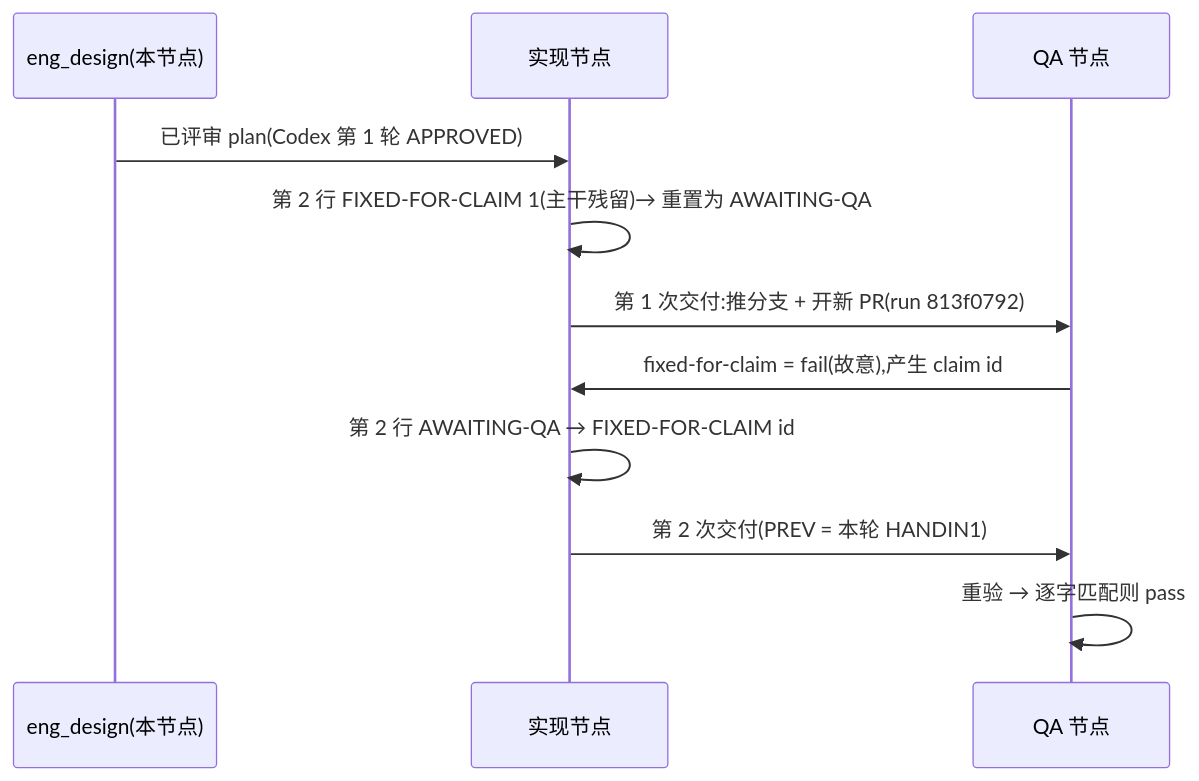
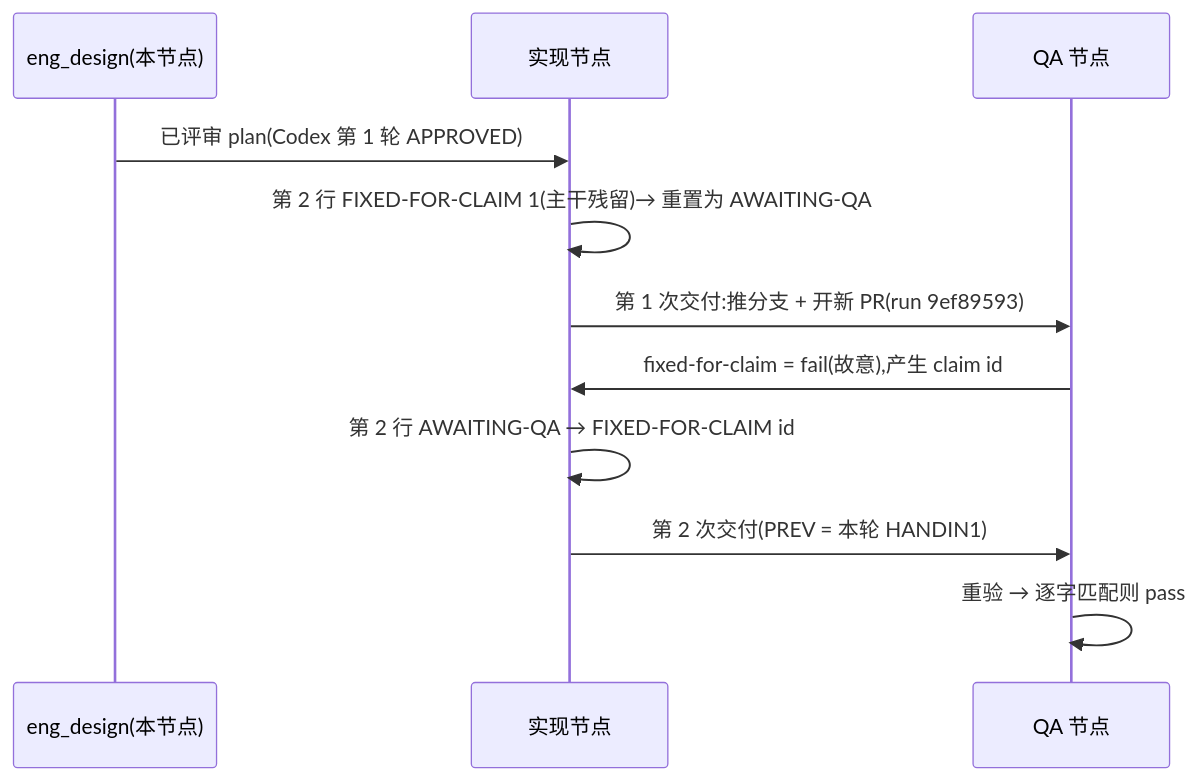
One commit to xrliAnnie/flywheel-qa-sandbox changed the diagram in engineering/doc/FLY-3226-real-runner-drill/d1-core-flow.mmd. Above: the diagram before and after it, drawn with Mermaid. The commit also changed 4 other files, not shown here.

```diff
--- a/engineering/doc/FLY-3226-real-runner-drill/d1-core-flow.mmd
+++ b/engineering/doc/FLY-3226-real-runner-drill/d1-core-flow.mmd
@@ -1,11 +1,11 @@
 sequenceDiagram
     participant S as eng_design(本节点)
     participant I as 实现节点
     participant Q as QA 节点
     S->>I: 已评审 plan(Codex 第 1 轮 APPROVED)
     I->>I: 第 2 行 FIXED-FOR-CLAIM 1(主干残留)→ 重置为 AWAITING-QA
-    I->>Q: 第 1 次交付:推分支 + 开新 PR(run 813f0792)
+    I->>Q: 第 1 次交付:推分支 + 开新 PR(run 9ef89593)
     Q->>I: fixed-for-claim = fail(故意),产生 claim id
     I->>I: 第 2 行 AWAITING-QA → FIXED-FOR-CLAIM id
     I->>Q: 第 2 次交付(PREV = 本轮 HANDIN1)
     Q->>Q: 重验 → 逐字匹配则 pass
```
